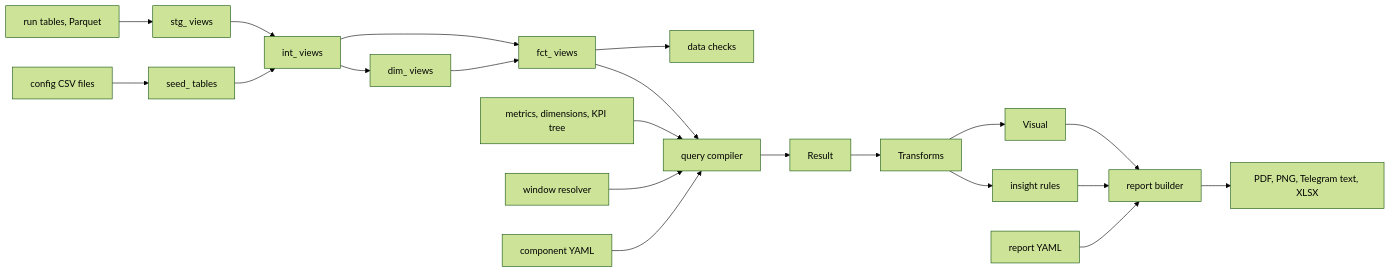
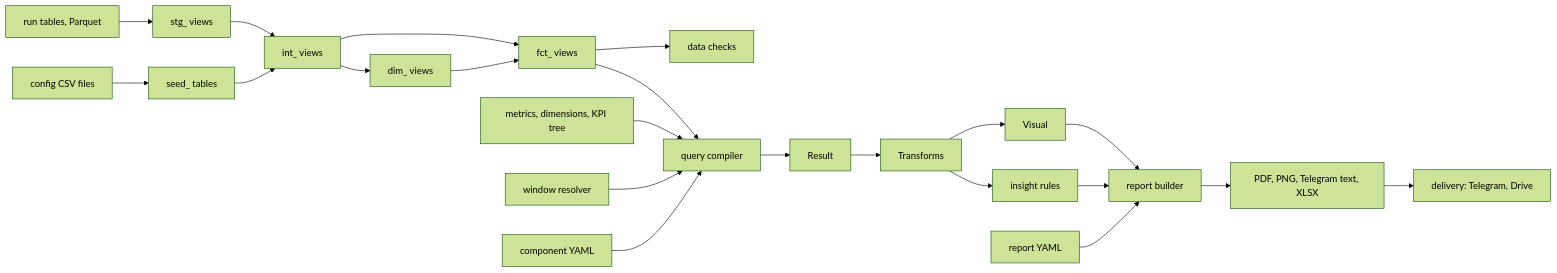
One commit to MortyTheMartian/hari-lari-analytics changed the diagram in docs/components.md. Above: the diagram before and after it, drawn with Mermaid (forest theme). The commit also changed other lines of this file and 1 other file, not shown here.

Commit message:
Phase 7A.9: report filters, schedule and delivery in the design note

````diff
--- a/docs/components.md
+++ b/docs/components.md
@@ -79,23 +84,24 @@
 ```mermaid
 flowchart LR
   Parquet["run tables, Parquet"] --> Stg[stg_ views]
   Config["config CSV files"] --> Seed[seed_ tables]
   Stg --> Int[int_ views]
   Seed --> Int
   Int --> Dim[dim_ views]
   Int --> Fct[fct_ views]
   Dim --> Fct
   Fct --> Checks[data checks]
   Fct --> Compiler[query compiler]
   Registry["metrics, dimensions, KPI tree"] --> Compiler
   Window[window resolver] --> Compiler
   Component["component YAML"] --> Compiler
   Compiler --> Result
   Result --> Transforms
   Transforms --> Visual
   Transforms --> Insights[insight rules]
   Visual --> Builder[report builder]
   Insights --> Builder
   Report["report YAML"] --> Builder
   Builder --> Out["PDF, PNG, Telegram text, XLSX"]
+  Out --> Deliver["delivery: Telegram, Drive"]
 ```
````
